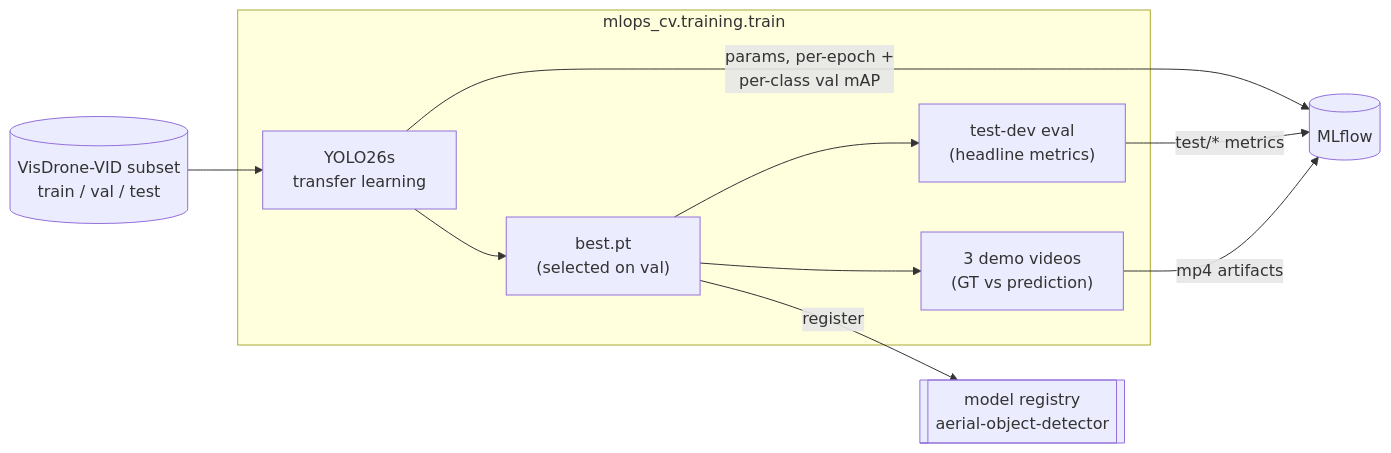
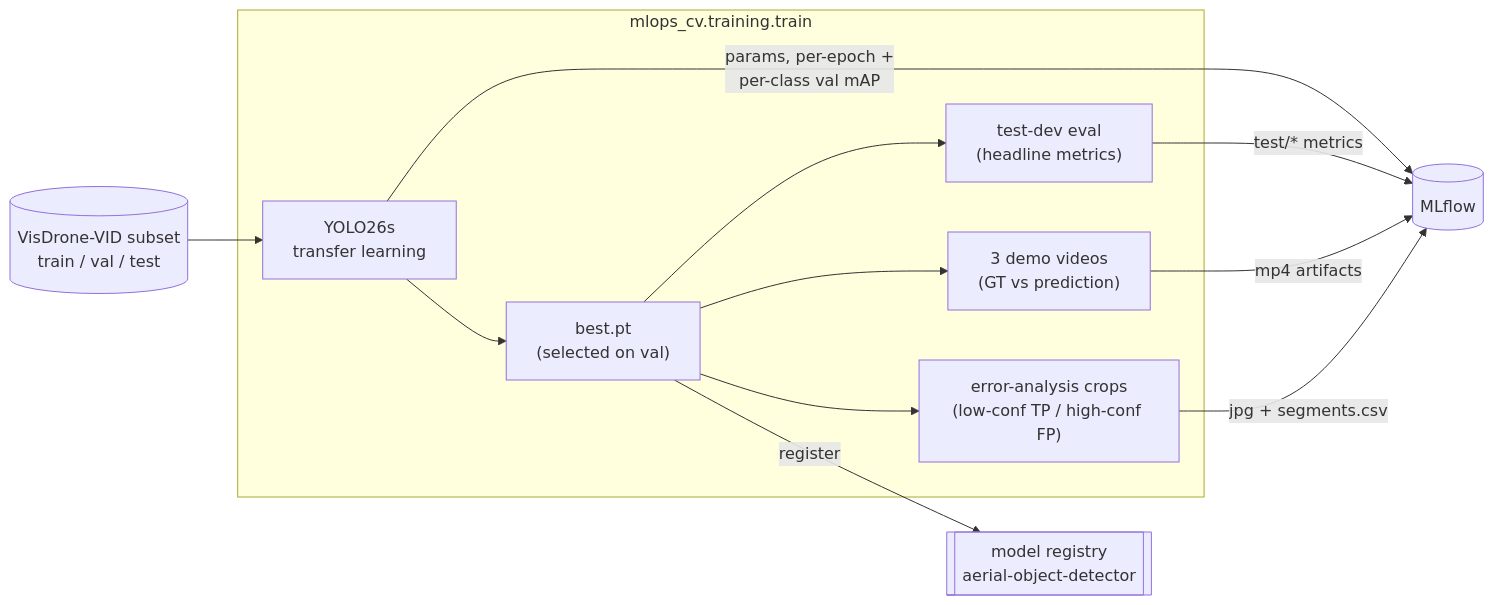
Before and after one commit to vtarasv/mlops-cv: the diagram in docs/training.md, drawn with Mermaid. The commit also changed other lines of this file and 21 other files, not shown here.

````diff
--- a/docs/training.md
+++ b/docs/training.md
@@ -7,13 +7,15 @@
 ```mermaid
 flowchart LR
   subset[("VisDrone-VID subset<br/>train / val / test")] --> yolo
   subgraph train["mlops_cv.training.train"]
     yolo["YOLO26s<br/>transfer learning"] --> best["best.pt<br/>(selected on val)"]
     best --> testeval["test-dev eval<br/>(headline metrics)"]
     best --> demos["3 demo videos<br/>(GT vs prediction)"]
+    best --> crops["error-analysis crops<br/>(low-conf TP / high-conf FP)"]
   end
   yolo -->|"params, per-epoch +<br/>per-class val mAP"| mlflow[("MLflow")]
   testeval -->|"test/* metrics"| mlflow
   demos -->|"mp4 artifacts"| mlflow
+  crops -->|"jpg + segments.csv"| mlflow
   best -->|"register"| registry[["model registry<br/>aerial-object-detector"]]
 ```
````
